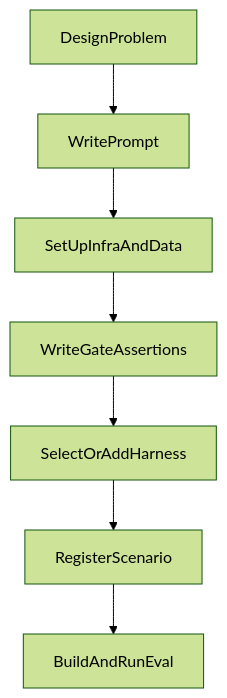
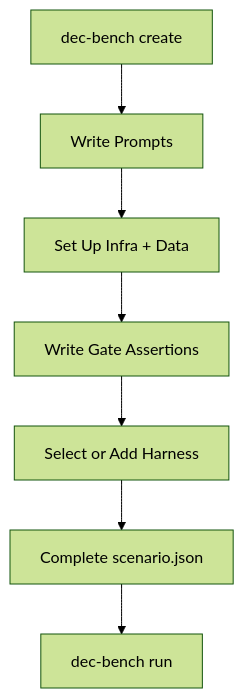
Before and after one commit to 514-labs/agent-evals: the diagram in apps/web/content/docs/add-eval/getting-started.mdx, drawn with Mermaid (forest theme). The commit also changed other lines of this file and 66 other files, not shown here.

First line of the commit message:
Add scenario and harness registry with CLI commands

````diff
--- a/apps/web/content/docs/add-eval/getting-started.mdx
+++ b/apps/web/content/docs/add-eval/getting-started.mdx
@@ -61,9 +86,9 @@
 ```mermaid
 flowchart TD
-  design[DesignProblem] --> prompt[WritePrompt]
-  prompt --> setup[SetUpInfraAndData]
-  setup --> assertions[WriteGateAssertions]
-  assertions --> harness[SelectOrAddHarness]
-  harness --> register[RegisterScenario]
-  register --> run[BuildAndRunEval]
+  create["dec-bench create"] --> prompt["Write Prompts"]
+  prompt --> setup["Set Up Infra + Data"]
+  setup --> assertions["Write Gate Assertions"]
+  assertions --> harness["Select or Add Harness"]
+  harness --> register["Complete scenario.json"]
+  register --> run["dec-bench run"]
 ```
````
